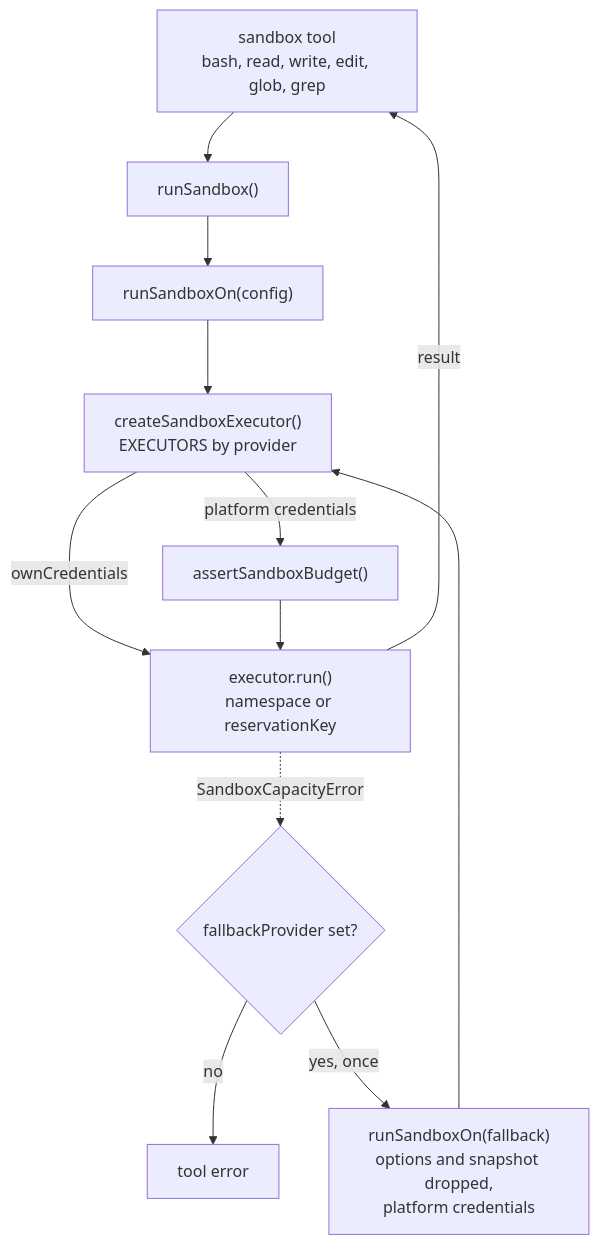
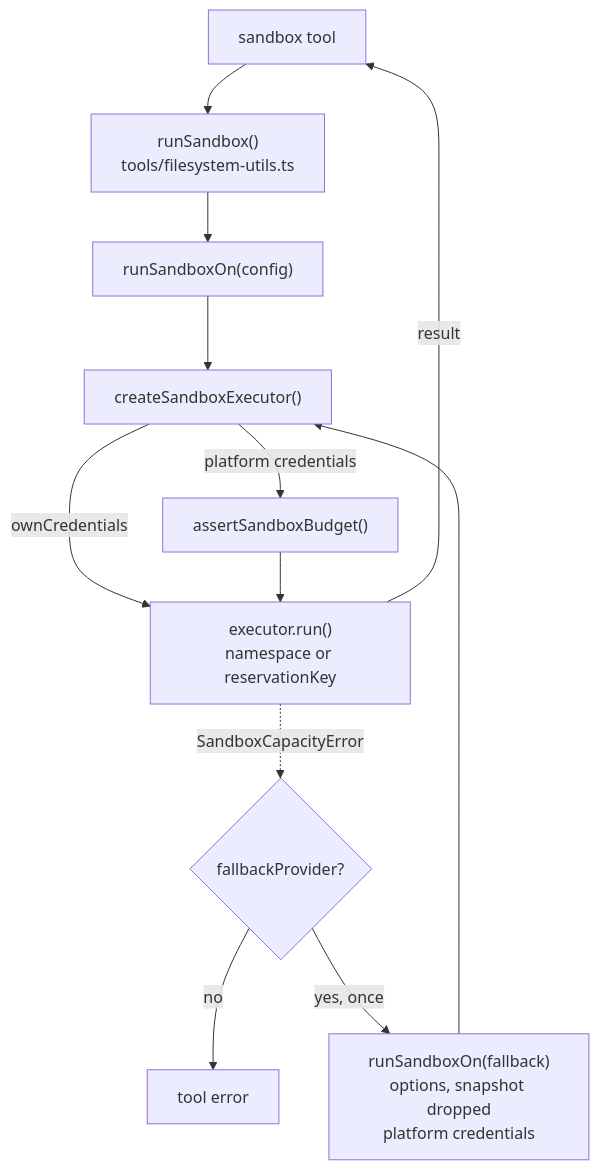
The second of 21 diagrams in apps/docs/docs/internals/sandboxes.md (beeblastco/broods), drawn with Mermaid before and after one commit. The commit also changed other lines of this file and 22 other files, not shown here.

First line of the commit message:
docs: fold the Cloudflare pages into their sections, rewrite internals diagram-first (#1010)

````diff
--- a/apps/docs/docs/internals/sandboxes.md
+++ b/apps/docs/docs/internals/sandboxes.md
@@ -45,14 +43,14 @@
 ```mermaid
 flowchart TD
-  T["sandbox tool<br/>bash, read, write, edit, glob, grep"] --> RS["runSandbox()"]
+  T["sandbox tool"] --> RS["runSandbox()<br/>tools/filesystem-utils.ts"]
   RS --> ON["runSandboxOn(config)"]
-  ON --> CE["createSandboxExecutor()<br/>EXECUTORS by provider"]
-  CE -->|platform credentials| BUD["assertSandboxBudget()"]
-  CE -->|ownCredentials| EX
+  ON --> CE["createSandboxExecutor()"]
+  CE -->|"platform credentials"| BUD["assertSandboxBudget()"]
+  CE -->|"ownCredentials"| EX
   BUD --> EX["executor.run()<br/>namespace or reservationKey"]
-  EX -->|result| T
-  EX -.->|SandboxCapacityError| FB{"fallbackProvider set?"}
-  FB -->|no| ERR[tool error]
-  FB -->|yes, once| ON2["runSandboxOn(fallback)<br/>options and snapshot dropped,<br/>platform credentials"]
+  EX -->|"result"| T
+  EX -.->|"SandboxCapacityError"| FB{"fallbackProvider?"}
+  FB -->|"no"| ERR["tool error"]
+  FB -->|"yes, once"| ON2["runSandboxOn(fallback)<br/>options, snapshot dropped<br/>platform credentials"]
   ON2 --> CE
 ```
````
